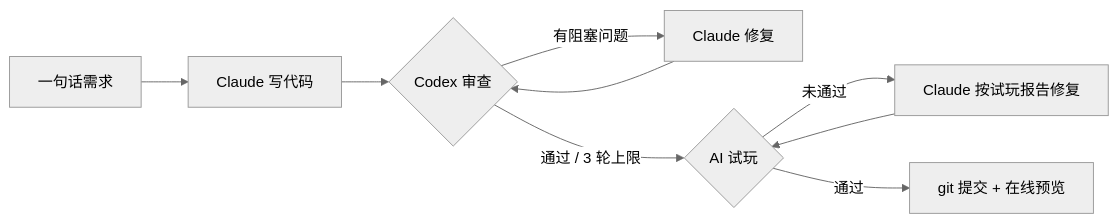
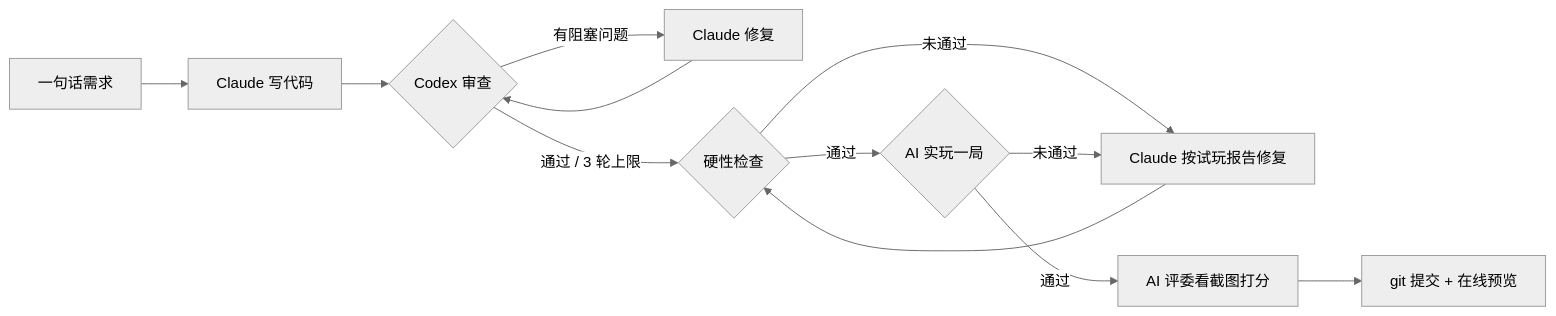
The first of 2 diagrams in README.md (lpzams/playforge), drawn with Mermaid (neutral theme) before and after one commit. The commit also changed other lines of this file and 1 other file, not shown here.

````diff
--- a/README.md
+++ b/README.md
@@ -19,9 +21,11 @@
 ```mermaid
 flowchart LR
     A[一句话需求] --> B[Claude 写代码]
     B --> C{Codex 审查}
     C -- 有阻塞问题 --> D[Claude 修复] --> C
-    C -- 通过 / 3 轮上限 --> E{AI 试玩}
+    C -- 通过 / 3 轮上限 --> E{硬性检查}
+    E -- 通过 --> H{AI 实玩一局}
     E -- 未通过 --> F[Claude 按试玩报告修复] --> E
-    E -- 通过 --> G[git 提交 + 在线预览]
+    H -- 未通过 --> F
+    H -- 通过 --> J[AI 评委看截图打分] --> G[git 提交 + 在线预览]
 ```
````
